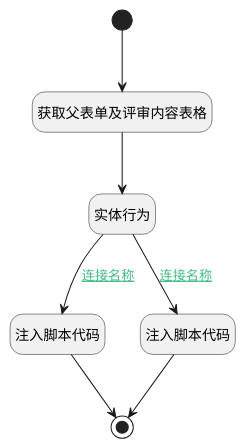
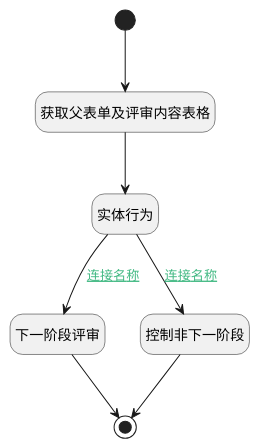
One commit to iBizLab/plm changed the diagram in doc/docsify/module/TestMgmt/review_result/uilogic/pass.md. Above: the diagram before and after it, drawn with PlantUML. The commit also changed other lines of this file and 1778 other files, not shown here.

````diff
--- a/doc/docsify/module/TestMgmt/review_result/uilogic/pass.md
+++ b/doc/docsify/module/TestMgmt/review_result/uilogic/pass.md
@@ -7,28 +7,28 @@
 ```plantuml
 @startuml
 hide footbox
 <style>
 root {
   HyperlinkColor #42b983
 }
 </style>
 
 hide empty description
 state "开始" as Begin <<start>> [[$./pass#begin {开始}]]
+state "下一阶段评审" as RAWJSCODE2  [[$./pass#rawjscode2 {下一阶段评审}]]
+state "实体行为" as DEACTION1  [[$./pass#deaction1 {实体行为}]]
+state "获取父表单及评审内容表格" as PREPAREJSPARAM1  [[$./pass#preparejsparam1 {获取父表单及评审内容表格}]]
 state "结束" as END1 <<end>> [[$./pass#end1 {结束}]]
-state "注入脚本代码" as RAWJSCODE2  [[$./pass#rawjscode2 {注入脚本代码}]]
-state "获取父表单及评审内容表格" as PREPAREJSPARAM1  [[$./pass#preparejsparam1 {获取父表单及评审内容表格}]]
-state "实体行为" as DEACTION1  [[$./pass#deaction1 {实体行为}]]
-state "注入脚本代码" as RAWJSCODE3  [[$./pass#rawjscode3 {注入脚本代码}]]
+state "控制非下一阶段" as RAWJSCODE3  [[$./pass#rawjscode3 {控制非下一阶段}]]
 
 
 Begin --> PREPAREJSPARAM1
 PREPAREJSPARAM1 --> DEACTION1
 DEACTION1 --> RAWJSCODE2 : [[$./pass#deaction1-rawjscode2{连接名称} 连接名称]]
 RAWJSCODE2 --> END1
 DEACTION1 --> RAWJSCODE3 : [[$./pass#deaction1-rawjscode3{连接名称} 连接名称]]
 RAWJSCODE3 --> END1
 
 
 @enduml
 ```
````
